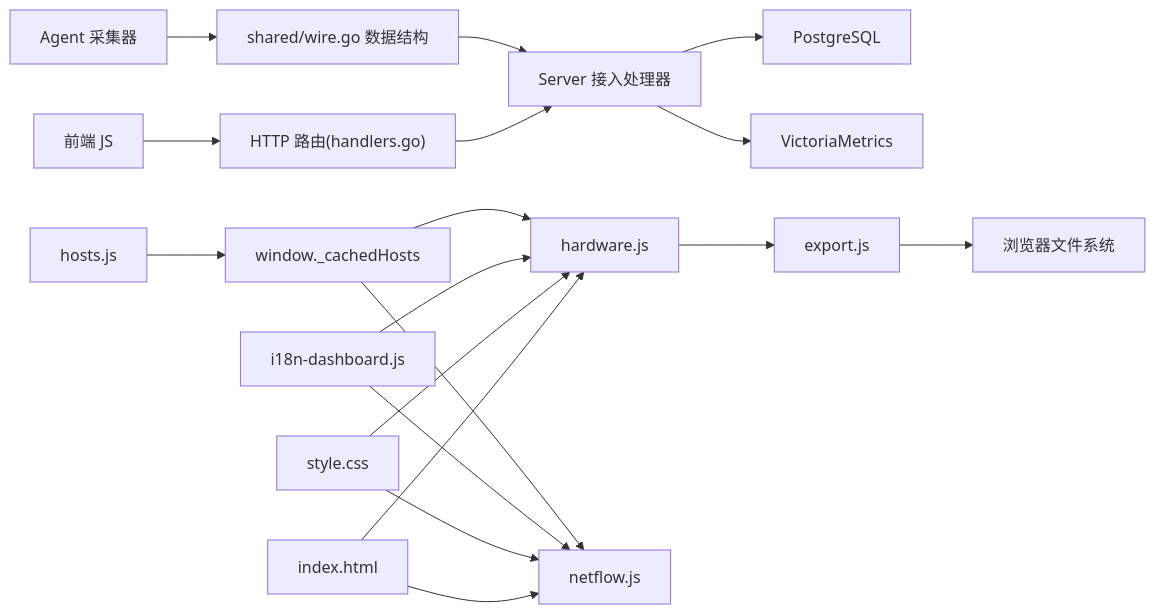
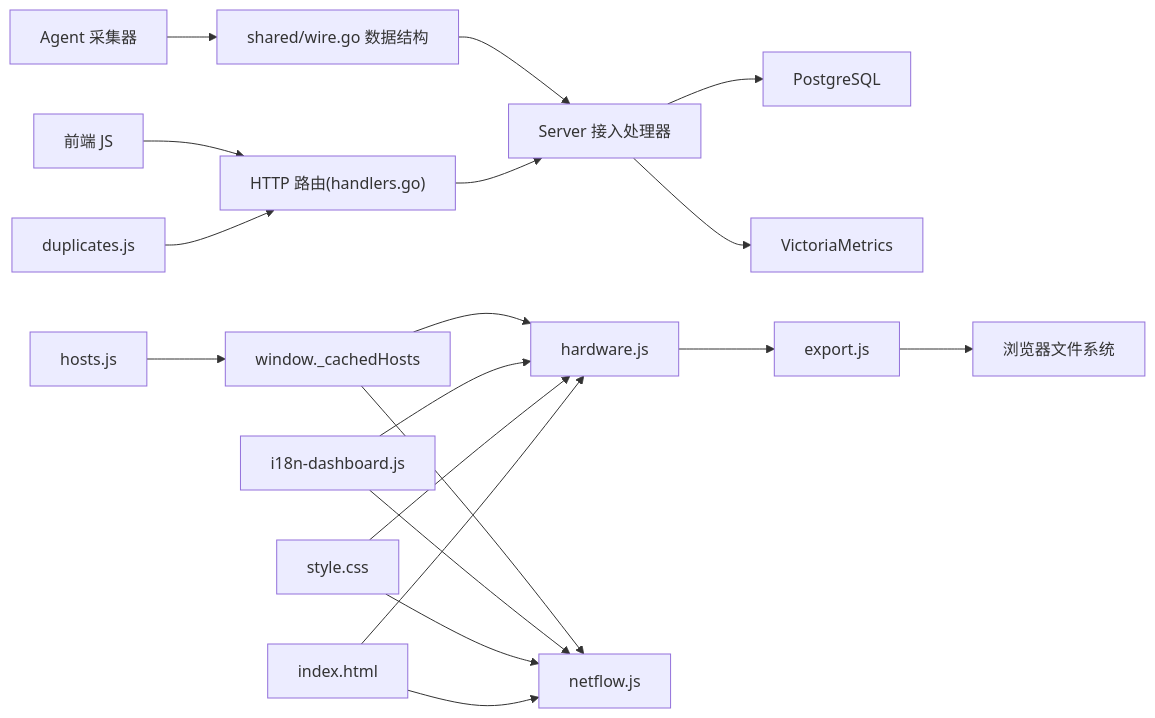
Diagram 11 of 11 in .qoder/repowiki/zh/content/核心功能/监控系统/硬件监控仪表板.md (sreyun/aiops-monitor), drawn with Mermaid before and after one commit. The commit also changed other lines of this file and 41 other files, not shown here.

````diff
--- a/.qoder/repowiki/zh/content/核心功能/监控系统/硬件监控仪表板.md
+++ b/.qoder/repowiki/zh/content/核心功能/监控系统/硬件监控仪表板.md
@@ -580,20 +626,21 @@
 ```mermaid
 graph LR
 A["Agent 采集器"] --> W["shared/wire.go 数据结构"]
 W --> H["Server 接入处理器"]
 H --> P["PostgreSQL"]
 H --> V["VictoriaMetrics"]
 U["前端 JS"] --> R["HTTP 路由(handlers.go)"]
 R --> H
 HostsJS["hosts.js"] --> Cache["window._cachedHosts"]
 Cache --> HWJS["hardware.js"]
 Cache --> NFJS["netflow.js"]
+DupJS["duplicates.js"] --> R
 I18N["i18n-dashboard.js"] --> HWJS
 I18N --> NFJS
 Style["style.css"] --> HWJS
 Style --> NFJS
 Index["index.html"] --> HWJS
 Index --> NFJS
 HWJS --> ExportJS["export.js"]
 ExportJS --> Browser["浏览器文件系统"]
 ```
````
